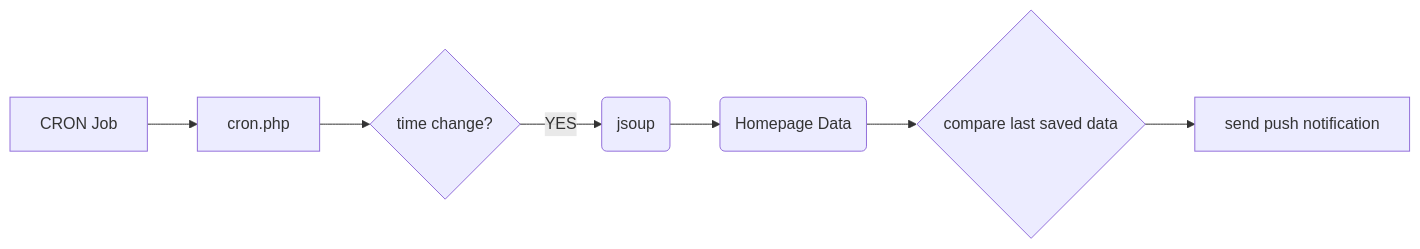
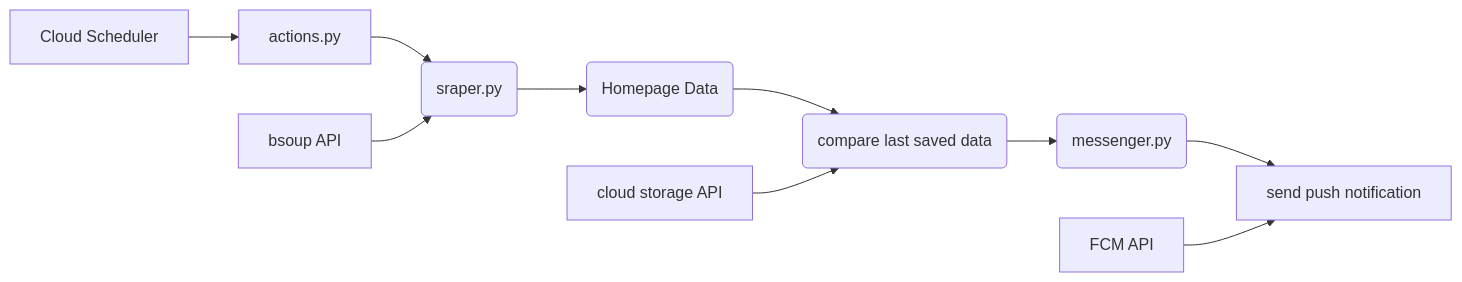
Before and after one commit to anandbibek/NITA_Notifications: the second of 2 diagrams in README.md, drawn with Mermaid. The commit also changed other lines of this file, not shown here.

Commit message:
Migrate from AppEngine to Cloud Function [Part4] - Update Documentations

````diff
--- a/README.md
+++ b/README.md
@@ -32,5 +33,8 @@
 ```mermaid
 graph LR
-A[CRON Job] --> B[cron.php] --> C{time change?} -- YES--> H(jsoup) --> fetch(Homepage Data) --> I{compare last saved data} --> J[send push notification]
+A[Cloud Scheduler] --> B[actions.py] --> C(sraper.py) --> fetch(Homepage Data) --> I(compare last saved data) --> J(messenger.py) --> K[send push notification]
+M[bsoup API] --> C
+N[cloud storage API] --> I
+O[FCM API] --> K
 
 ```
````
